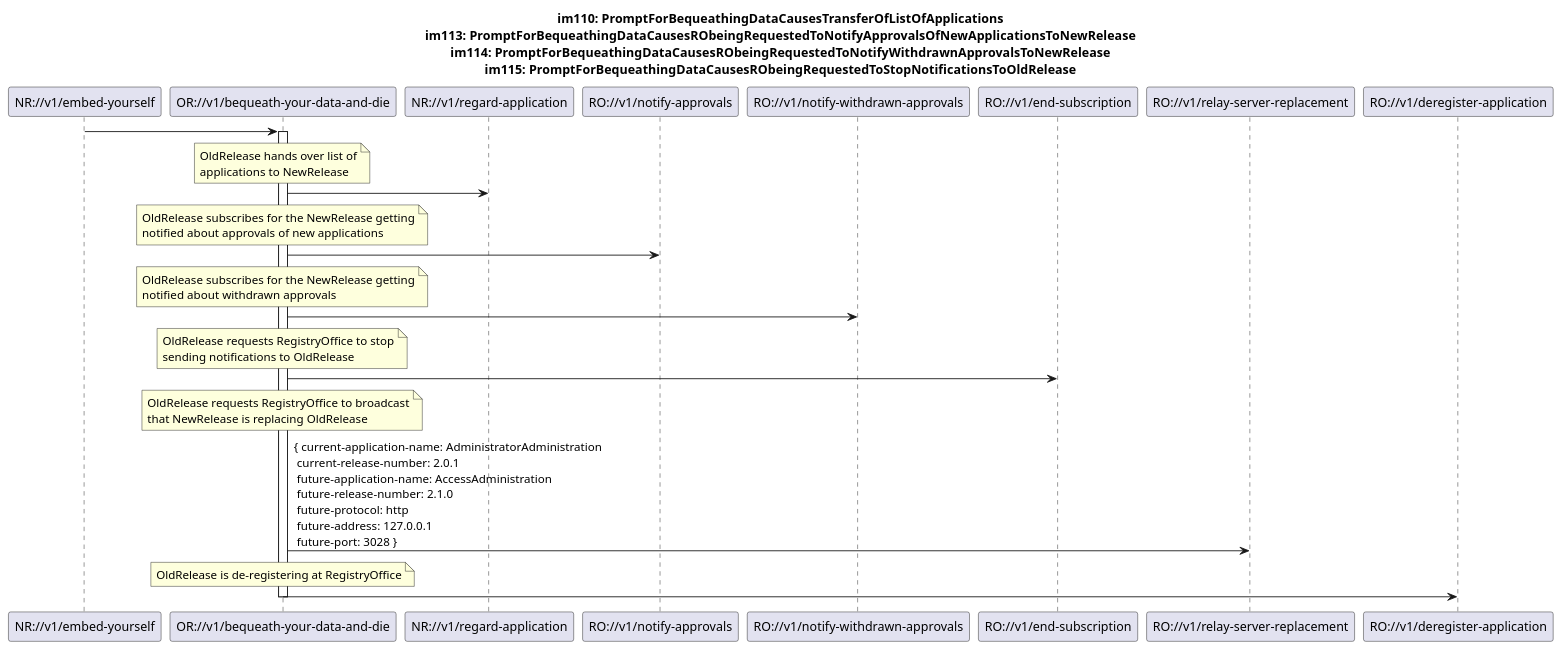
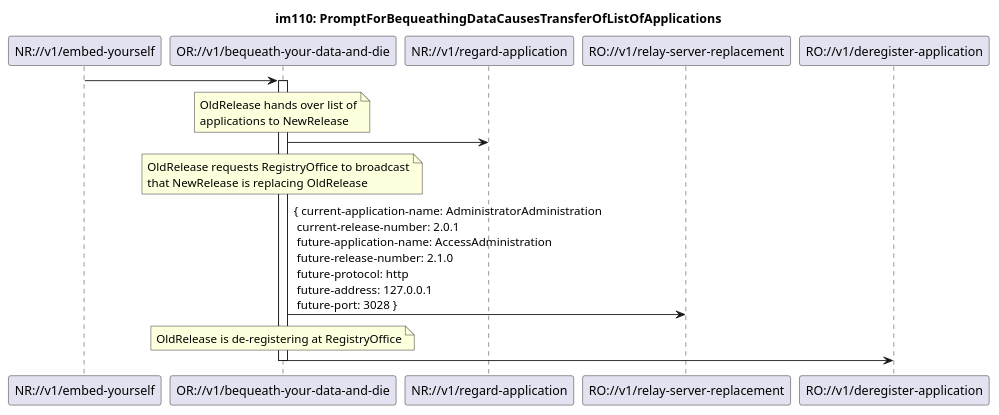
Before and after one commit to openBackhaul/ApplicationLayerTopology: the diagram in spec/diagrams/im000_BequeathYourDataAndDie.plantuml, drawn with PlantUML. The commit also changed 8 other files, not shown here.

```diff
--- a/spec/diagrams/im000_BequeathYourDataAndDie.plantuml
+++ b/spec/diagrams/im000_BequeathYourDataAndDie.plantuml
@@ -1,60 +1,36 @@
 @startuml im000_BequeathYourDataAndDie
 skinparam responseMessageBelowArrow true
 
 title
 im110: PromptForBequeathingDataCausesTransferOfListOfApplications
-im113: PromptForBequeathingDataCausesRObeingRequestedToNotifyApprovalsOfNewApplicationsToNewRelease
-im114: PromptForBequeathingDataCausesRObeingRequestedToNotifyWithdrawnApprovalsToNewRelease
-im115: PromptForBequeathingDataCausesRObeingRequestedToStopNotificationsToOldRelease
 end title
 
 participant "NR://v1/embed-yourself" as NewRelease
 participant "OR://v1/bequeath-your-data-and-die" as OldRelease
 participant "NR://v1/regard-application" as NrGetsApplications
-participant "RO://v1/notify-approvals" as NrGetsNotifiedAboutApprovals
-participant "RO://v1/notify-withdrawn-approvals" as NrGetsNotifiedAboutObjections
-participant "RO://v1/end-subscription" as RoStopNotifying
 participant "RO://v1/relay-server-replacement" as RelayServerReplacement
 participant "RO://v1/deregister-application" as Deregister
 
 NewRelease -> OldRelease
 activate OldRelease
 
 note over OldRelease
 OldRelease hands over list of
 applications to NewRelease
 end note
 OldRelease -> NrGetsApplications
-
-note over OldRelease
-OldRelease subscribes for the NewRelease getting
-notified about approvals of new applications
-end note
-OldRelease -> NrGetsNotifiedAboutApprovals
-
-note over OldRelease
-OldRelease subscribes for the NewRelease getting
-notified about withdrawn approvals
-end note
-OldRelease -> NrGetsNotifiedAboutObjections
-
-note over OldRelease
-OldRelease requests RegistryOffice to stop
-sending notifications to OldRelease
-end note
-OldRelease -> RoStopNotifying
 
 note over OldRelease
 OldRelease requests RegistryOffice to broadcast
 that NewRelease is replacing OldRelease
 end note
 OldRelease -> RelayServerReplacement : { current-application-name: AdministratorAdministration \n current-release-number: 2.0.1 \n future-application-name: AccessAdministration \n future-release-number: 2.1.0 \n future-protocol: http \n future-address: 127.0.0.1 \n future-port: 3028 }
 
 note over OldRelease
 OldRelease is de-registering at RegistryOffice
 end note
 OldRelease -> Deregister
 
 deactivate OldRelease
 
 @enduml
```
